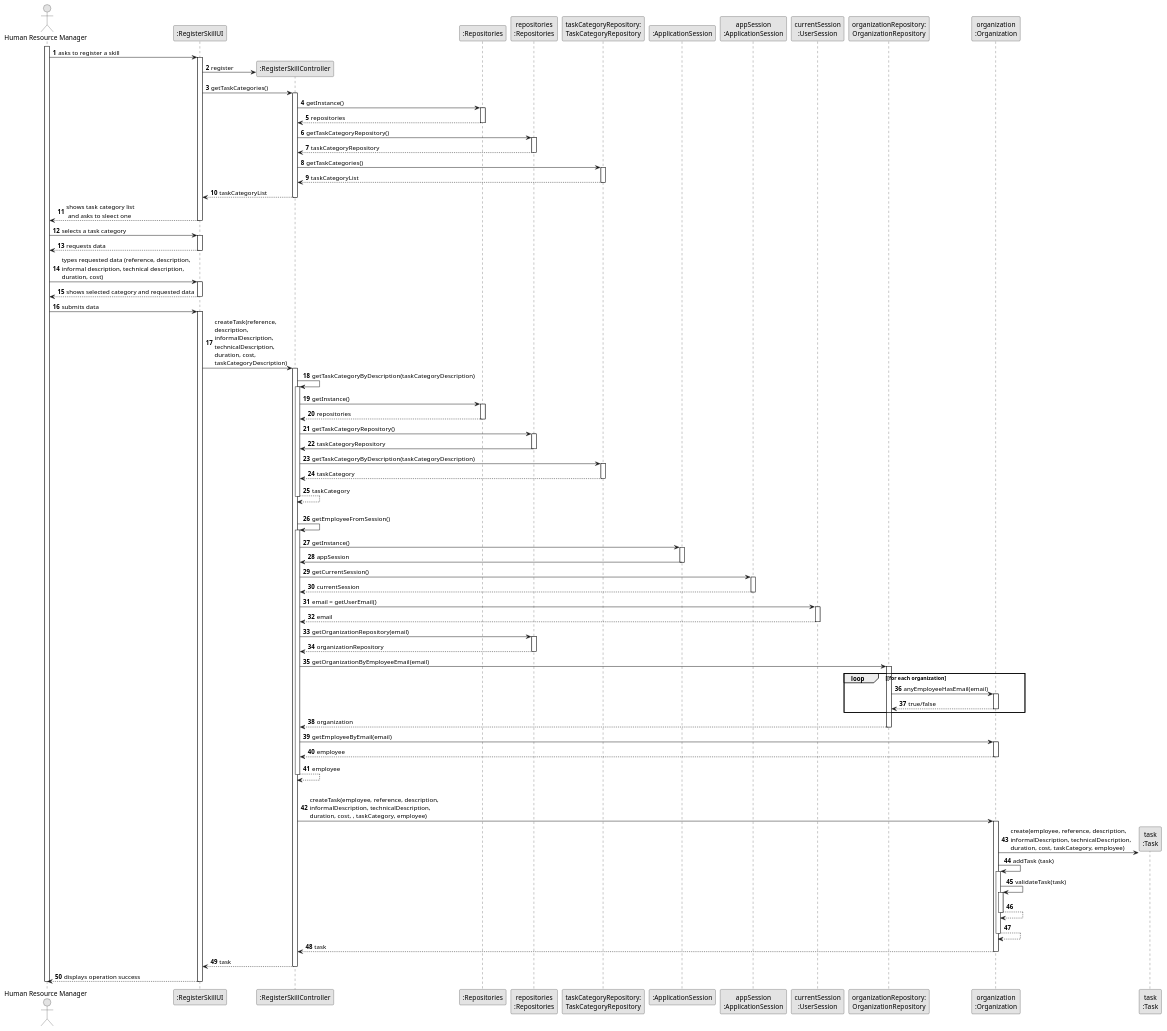
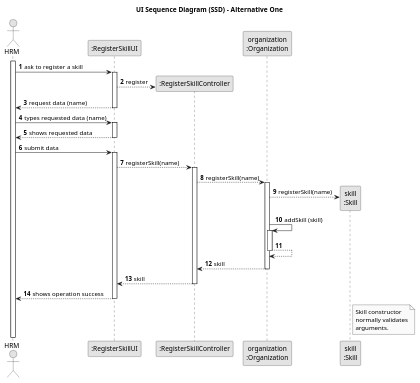
Before and after one commit to SAEmanuel/Green_Spaces_Management_ISEP: the diagram in docs/sprintB/us001/03.design/puml/us001-sequence-diagram-full.puml, drawn with PlantUML. The commit also changed 1 other file, not shown here.

Commit message:
US001 - design (full diagram) v2.1.0

```diff
--- a/docs/sprintB/us001/03.design/puml/us001-sequence-diagram-full.puml
+++ b/docs/sprintB/us001/03.design/puml/us001-sequence-diagram-full.puml
@@ -1,180 +1,77 @@
-    @startuml
+@startuml
 skinparam monochrome true
 skinparam packageStyle rectangle
 skinparam shadowing false
 
+title UI Sequence Diagram (SSD) - Alternative One
+
 autonumber
 
-'hide footbox
-actor "Human Resource Manager" as HRM
+actor "HRM" as Employee
 participant ":RegisterSkillUI" as UI
 participant ":RegisterSkillController" as CTRL
-participant ":Repositories" as RepositorySingleton
-participant "repositories\n:Repositories" as PLAT
-participant "taskCategoryRepository:\nTaskCategoryRepository" as TaskCategoryRepository
-participant ":ApplicationSession" as _APP
-participant "appSession\n:ApplicationSession" as APP
-participant "currentSession\n:UserSession" as SESSAO
-participant "organizationRepository:\nOrganizationRepository" as OrganizationRepository
 participant "organization\n:Organization" as ORG
-participant "task\n:Task" as TAREFA
+participant "skill\n:Skill" as SKILL
 
-activate HRM
+activate Employee
 
-        HRM -> UI : asks to register a skill
-
-        activate UI
-
-'            UI --> ADM : requests data (reference, description,  informal \n description, technical description, duration, cost)
-            'create CTRL
-            UI -> CTRL** : register
-
-            UI -> CTRL : getTaskCategories()
-            activate CTRL
-
-                CTRL -> RepositorySingleton : getInstance()
-                activate RepositorySingleton
-
-                    RepositorySingleton --> CTRL: repositories
-                deactivate RepositorySingleton
-
-                CTRL -> PLAT : getTaskCategoryRepository()
-                activate PLAT
-
-                    PLAT --> CTRL: taskCategoryRepository
-                deactivate PLAT
-
-                CTRL -> TaskCategoryRepository : getTaskCategories()
-                activate TaskCategoryRepository
-
-                    TaskCategoryRepository --> CTRL : taskCategoryList
-                deactivate TaskCategoryRepository
-
-                CTRL --> UI : taskCategoryList
-            deactivate CTRL
-
-            UI --> HRM : shows task category list\n and asks to sleect one
-        deactivate UI
-
-    HRM -> UI : selects a task category
+    Employee -> UI : ask to register a skill
     activate UI
 
-        UI --> HRM : requests data
+
+    UI --> CTRL** : register
+
+
+    UI --> Employee : request data (name)
     deactivate UI
 
-    HRM -> UI : types requested data (reference, description, \ninformal description, technical description,\nduration, cost)
+    Employee -> UI : types requested data (name)
+
     activate UI
 
-        UI --> HRM : shows selected category and requested data
+    UI --> Employee : shows requested data
+
     deactivate UI
 
-    HRM -> UI : submits data
+    Employee -> UI : submit data
+
     activate UI
 
-        UI -> CTRL : createTask(reference,\ndescription,\ninformalDescription,\ntechnicalDescription,\nduration, cost,\ntaskCategoryDescription)
-        activate CTRL
+    UI --> CTRL :  registerSkill(name)
+    activate CTRL
 
-            CTRL -> CTRL : getTaskCategoryByDescription(taskCategoryDescription)
-            activate CTRL
+        CTRL --> ORG :  registerSkill(name)
 
-                CTRL -> RepositorySingleton : getInstance()
-                activate RepositorySingleton
+        activate ORG
 
-                    RepositorySingleton --> CTRL: repositories
-                deactivate RepositorySingleton
-
-                CTRL -> PLAT : getTaskCategoryRepository()
-                activate PLAT
-
-                    PLAT -> CTRL : taskCategoryRepository
-                deactivate PLAT
-
-                CTRL -> TaskCategoryRepository : getTaskCategoryByDescription(taskCategoryDescription)
-                activate TaskCategoryRepository
-
-                    TaskCategoryRepository --> CTRL : taskCategory
-                deactivate TaskCategoryRepository
-                    CTRL --> CTRL : taskCategory
-            deactivate CTRL
-
-            |||
-            CTRL -> CTRL : getEmployeeFromSession()
-            activate CTRL
-
-                CTRL -> _APP: getInstance()
-                activate _APP
-                    _APP -> CTRL: appSession
-                deactivate _APP
+        ORG --> SKILL** :  registerSkill(name)
 
 
-                CTRL -> APP: getCurrentSession()
-                activate APP
+        ORG -> ORG : addSkill (skill)
+        activate ORG
+        ORG --> ORG :
+'        ORG -> ORG : validateSkill (skill)
 
-                    APP --> CTRL: currentSession
-                deactivate APP
+        deactivate ORG
 
-                CTRL -> SESSAO: email = getUserEmail()
-                activate SESSAO
+                ORG --> CTRL : skill
+        deactivate ORG
 
-                    SESSAO --> CTRL: email
-                deactivate SESSAO
+        CTRL --> UI : skill
 
 
-                CTRL -> PLAT: getOrganizationRepository(email)
-                activate PLAT
 
-                    PLAT --> CTRL: organizationRepository
-                deactivate PLAT
+    deactivate CTRL
+
+    UI --> Employee :shows operation success
+    deactivate UI
 
 
-                CTRL -> OrganizationRepository: getOrganizationByEmployeeEmail(email)
-                activate OrganizationRepository
-
-                    loop [for each organization
-                        OrganizationRepository -> ORG : anyEmployeeHasEmail(email)
-                        activate ORG
-
-                             ORG --> OrganizationRepository : true/false
-                        deactivate ORG
-                    end
-                    OrganizationRepository --> CTRL : organization
-                deactivate OrganizationRepository
-
-                CTRL -> ORG: getEmployeeByEmail(email)
-                activate ORG
-
-                    ORG --> CTRL : employee
-                deactivate ORG
-
-                CTRL --> CTRL : employee
-            deactivate CTRL
-
-            |||
-            CTRL -> ORG: createTask(employee, reference, description,\ninformalDescription, technicalDescription,\nduration, cost, , taskCategory, employee)
-            activate ORG
-
-                ORG -> TAREFA**: create(employee, reference, description,\ninformalDescription, technicalDescription,\nduration, cost, taskCategory, employee)
-                ORG -> ORG: addTask (task)
+note right of SKILL
+        Skill constructor
+        normally validates
+        arguments.
+    end note
 
 
-                activate ORG
-                    ORG -> ORG: validateTask(task)
-                    activate ORG
-                        ORG --> ORG
-                    deactivate ORG
-
-                    ORG --> ORG
-                deactivate ORG
-
-                ORG --> CTRL : task
-
-            deactivate ORG
-
-            CTRL --> UI: task
-            deactivate CTRL
-            UI --> HRM: displays operation success
-    deactivate UI
-
-deactivate HRM
-
 @enduml
```
